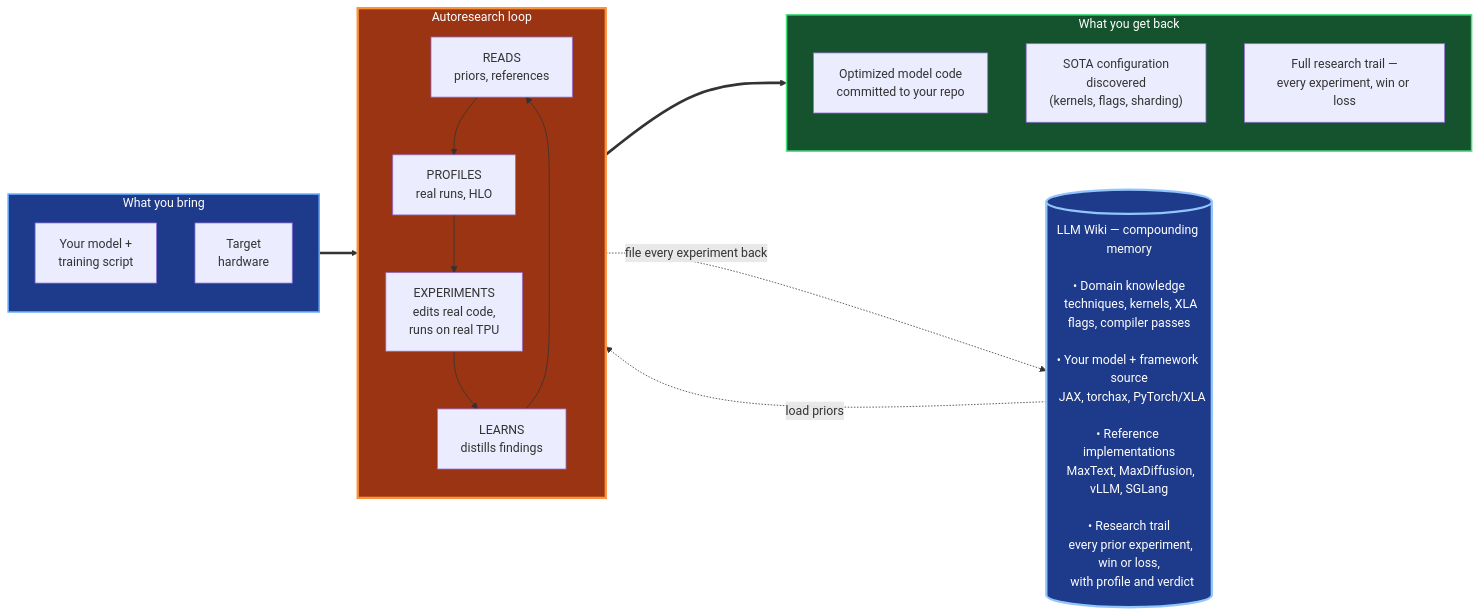
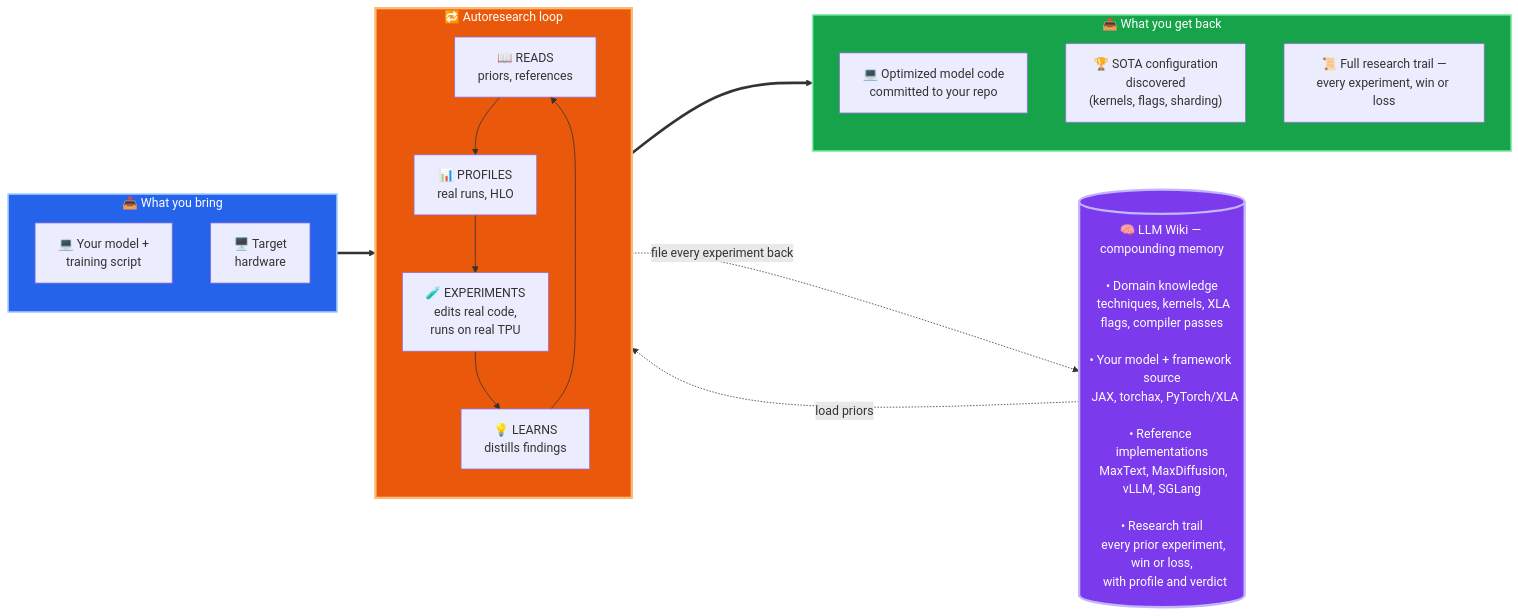
One commit to PrimaLabs-AI/llm-serving-autoresearch-wiki changed the diagram in README.md. Above: the diagram before and after it, drawn with Mermaid. The commit also changed other lines of this file and 5 other files, not shown here.

````diff
--- a/README.md
+++ b/README.md
@@ -65,39 +68,39 @@
 ```mermaid
 flowchart LR
-    subgraph IN["What you bring"]
+    subgraph IN["📥 What you bring"]
         direction TB
-        IN1["Your model +<br/>training script"]
-        IN2["Target<br/>hardware"]
+        IN1["💻 Your model +<br/>training script"]
+        IN2["🖥️ Target<br/>hardware"]
     end
 
-    subgraph ENGINE["Autoresearch loop"]
+    subgraph ENGINE["🔁 Autoresearch loop"]
         direction TB
-        E1["READS<br/>priors, references"]
-        E2["PROFILES<br/>real runs, HLO"]
-        E3["EXPERIMENTS<br/>edits real code,<br/>runs on real TPU"]
-        E4["LEARNS<br/>distills findings"]
+        E1["📖 READS<br/>priors, references"]
+        E2["📊 PROFILES<br/>real runs, HLO"]
+        E3["🧪 EXPERIMENTS<br/>edits real code,<br/>runs on real TPU"]
+        E4["💡 LEARNS<br/>distills findings"]
         E1 --> E2
         E2 --> E3
         E3 --> E4
         E4 --> E1
     end
 
-    subgraph OUT["What you get back"]
+    subgraph OUT["📤 What you get back"]
         direction TB
-        OUT1["Optimized model code<br/>committed to your repo"]
-        OUT2["SOTA configuration<br/>discovered<br/>(kernels, flags, sharding)"]
-        OUT3["Full research trail —<br/>every experiment, win or loss"]
+        OUT1["💻 Optimized model code<br/>committed to your repo"]
+        OUT2["🏆 SOTA configuration<br/>discovered<br/>(kernels, flags, sharding)"]
+        OUT3["📜 Full research trail —<br/>every experiment, win or loss"]
     end
 
-    WIKI[("LLM Wiki — compounding memory<br/><br/>• Domain knowledge<br/>&nbsp;&nbsp;techniques, kernels, XLA flags, compiler passes<br/><br/>• Your model + framework source<br/>&nbsp;&nbsp;JAX, torchax, PyTorch/XLA<br/><br/>• Reference implementations<br/>&nbsp;&nbsp;MaxText, MaxDiffusion, vLLM, SGLang<br/><br/>• Research trail<br/>&nbsp;&nbsp;every prior experiment, win or loss,<br/>&nbsp;&nbsp;with profile and verdict")]
+    WIKI[("🧠 LLM Wiki — compounding memory<br/><br/>• Domain knowledge<br/>&nbsp;&nbsp;techniques, kernels, XLA flags, compiler passes<br/><br/>• Your model + framework source<br/>&nbsp;&nbsp;JAX, torchax, PyTorch/XLA<br/><br/>• Reference implementations<br/>&nbsp;&nbsp;MaxText, MaxDiffusion, vLLM, SGLang<br/><br/>• Research trail<br/>&nbsp;&nbsp;every prior experiment, win or loss,<br/>&nbsp;&nbsp;with profile and verdict")]
 
     IN ==> ENGINE ==> OUT
 
     WIKI -. "load priors" .-> ENGINE
     ENGINE -. "file every experiment back" .-> WIKI
 
-    style IN fill:#1e3a8a,stroke:#60a5fa,stroke-width:2px,color:#fff
-    style ENGINE fill:#9a3412,stroke:#fb923c,stroke-width:3px,color:#fff
-    style OUT fill:#14532d,stroke:#4ade80,stroke-width:2px,color:#fff
-    style WIKI fill:#1e3a8a,stroke:#93c5fd,stroke-width:3px,color:#fff
+    style IN fill:#2563eb,stroke:#93c5fd,stroke-width:2px,color:#fff
+    style ENGINE fill:#ea580c,stroke:#fdba74,stroke-width:3px,color:#fff
+    style OUT fill:#16a34a,stroke:#86efac,stroke-width:2px,color:#fff
+    style WIKI fill:#7c3aed,stroke:#c4b5fd,stroke-width:3px,color:#fff
 ```
````
